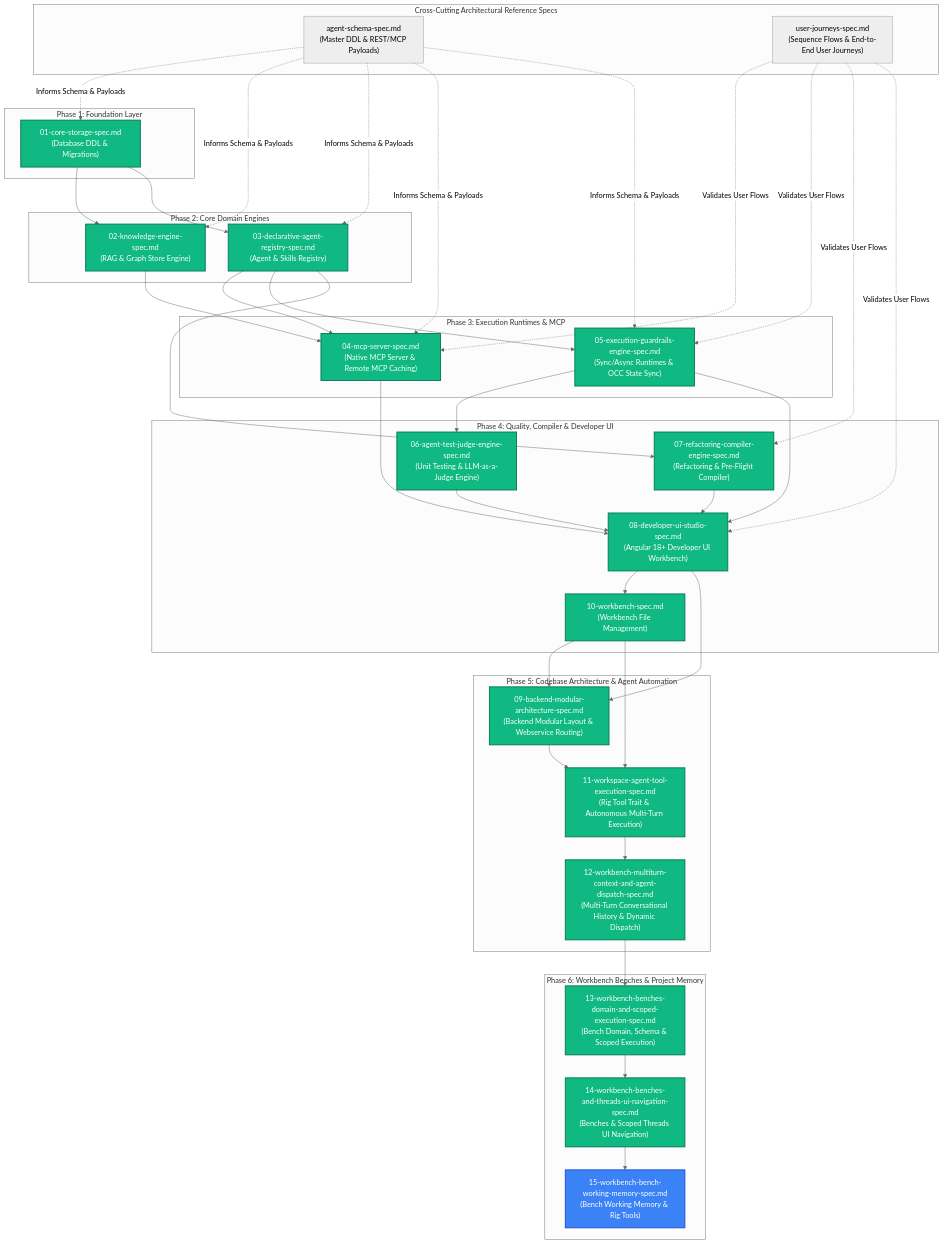
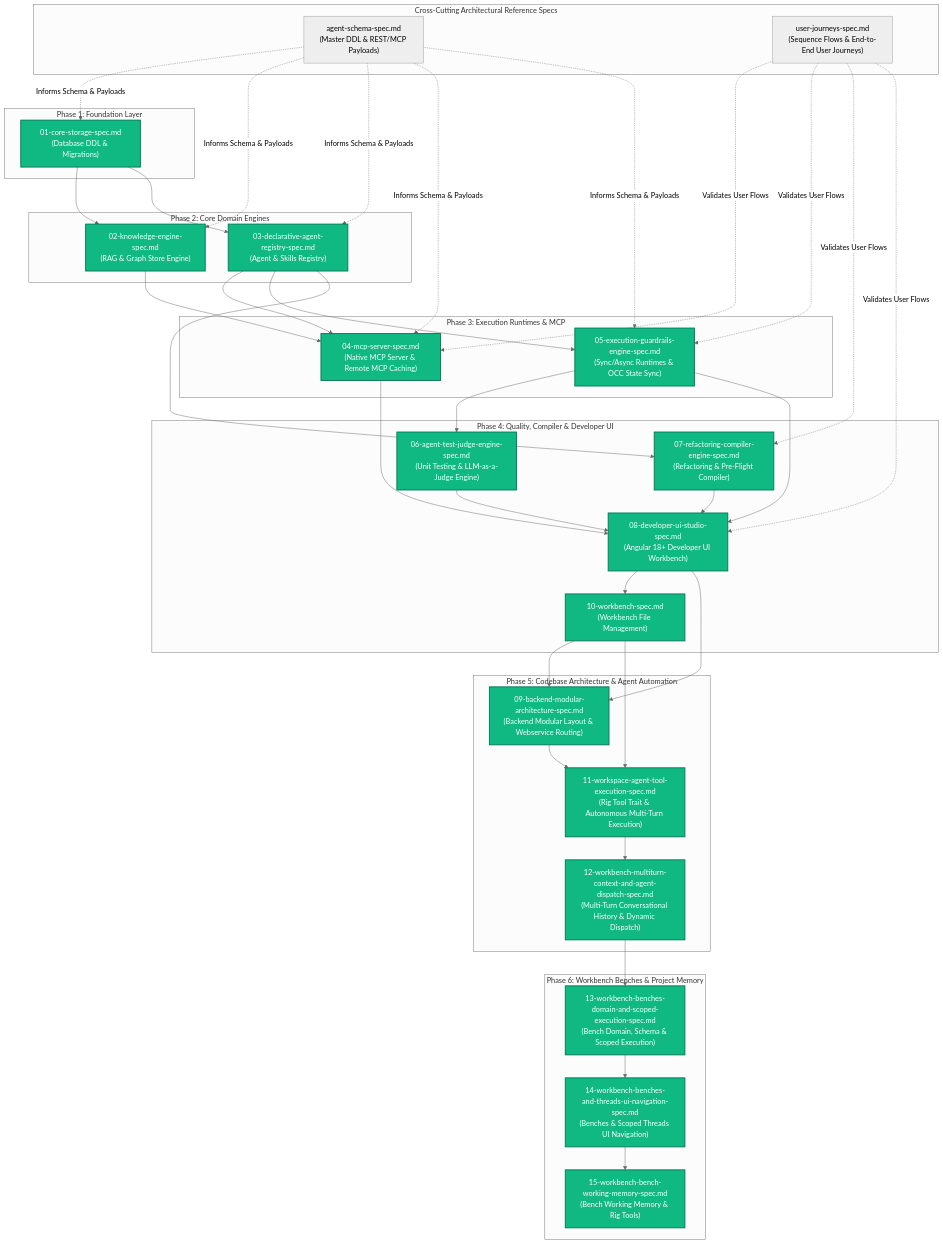
The diagram in spec/specs/README.md (PolecatWorks/agent-as-data), drawn with Mermaid (neutral theme) before and after one commit. The commit also changed other lines of this file and 13 other files, not shown here.

Commit message:
feat(spec-15): implement workbench bench working memory, UI editor and Rig memory tools

````diff
--- a/spec/specs/README.md
+++ b/spec/specs/README.md
@@ -17,82 +17,82 @@
 ```mermaid
 flowchart TD
     subgraph CrossCuttingSpecs ["Cross-Cutting Architectural Reference Specs"]
         SchemaSpec["agent-schema-spec.md<br/>(Master DDL & REST/MCP Payloads)"]
         JourneysSpec["user-journeys-spec.md<br/>(Sequence Flows & End-to-End User Journeys)"]
     end
 
     subgraph Phase1 ["Phase 1: Foundation Layer"]
         Spec01["01-core-storage-spec.md<br/>(Database DDL & Migrations)"]:::complete
     end
 
     subgraph Phase2 ["Phase 2: Core Domain Engines"]
         Spec02["02-knowledge-engine-spec.md<br/>(RAG & Graph Store Engine)"]:::complete
         Spec03["03-declarative-agent-registry-spec.md<br/>(Agent & Skills Registry)"]:::complete
     end
 
 
 
     subgraph Phase3 ["Phase 3: Execution Runtimes & MCP"]
         Spec04["04-mcp-server-spec.md<br/>(Native MCP Server & Remote MCP Caching)"]:::complete
         Spec05["05-execution-guardrails-engine-spec.md<br/>(Sync/Async Runtimes & OCC State Sync)"]:::complete
     end
 
 
 
     subgraph Phase4 ["Phase 4: Quality, Compiler & Developer UI"]
         Spec06["06-agent-test-judge-engine-spec.md<br/>(Unit Testing & LLM-as-a-Judge Engine)"]:::complete
         Spec07["07-refactoring-compiler-engine-spec.md<br/>(Refactoring & Pre-Flight Compiler)"]:::complete
         Spec08["08-developer-ui-studio-spec.md<br/>(Angular 18+ Developer UI Workbench)"]:::complete
         Spec10["10-workbench-spec.md<br/>(Workbench File Management)"]:::complete
     end
 
     subgraph Phase5 ["Phase 5: Codebase Architecture & Agent Automation"]
         Spec09["09-backend-modular-architecture-spec.md<br/>(Backend Modular Layout & Webservice Routing)"]:::complete
         Spec11["11-workspace-agent-tool-execution-spec.md<br/>(Rig Tool Trait & Autonomous Multi-Turn Execution)"]:::complete
         Spec12["12-workbench-multiturn-context-and-agent-dispatch-spec.md<br/>(Multi-Turn Conversational History & Dynamic Dispatch)"]:::complete
     end
 
     subgraph Phase6 ["Phase 6: Workbench Benches & Project Memory"]
         Spec13["13-workbench-benches-domain-and-scoped-execution-spec.md<br/>(Bench Domain, Schema & Scoped Execution)"]:::complete
         Spec14["14-workbench-benches-and-threads-ui-navigation-spec.md<br/>(Benches & Scoped Threads UI Navigation)"]:::complete
-        Spec15["15-workbench-bench-working-memory-spec.md<br/>(Bench Working Memory & Rig Tools)"]:::draft
+        Spec15["15-workbench-bench-working-memory-spec.md<br/>(Bench Working Memory & Rig Tools)"]:::complete
     end
 
     classDef complete fill:#10B981,stroke:#047857,stroke-width:2px,color:#ffffff;
     classDef draft fill:#3B82F6,stroke:#1D4ED8,stroke-width:2px,color:#ffffff;
 
     SchemaSpec -.->|Informs Schema & Payloads| Spec01
     SchemaSpec -.->|Informs Schema & Payloads| Spec02
     SchemaSpec -.->|Informs Schema & Payloads| Spec03
     SchemaSpec -.->|Informs Schema & Payloads| Spec04
     SchemaSpec -.->|Informs Schema & Payloads| Spec05
 
     JourneysSpec -.->|Validates User Flows| Spec04
     JourneysSpec -.->|Validates User Flows| Spec05
     JourneysSpec -.->|Validates User Flows| Spec07
     JourneysSpec -.->|Validates User Flows| Spec08
 
     Spec01 --> Spec02
     Spec01 --> Spec03
 
     Spec02 --> Spec04
     Spec03 --> Spec04
     Spec03 --> Spec05
 
     Spec05 --> Spec06
     Spec03 --> Spec07
     
     Spec04 --> Spec08
     Spec05 --> Spec08
     Spec06 --> Spec08
     Spec07 --> Spec08
     Spec08 --> Spec10
     Spec08 --> Spec09
     Spec10 --> Spec09
     Spec09 --> Spec11
     Spec10 --> Spec11
     Spec11 --> Spec12
     Spec12 --> Spec13
     Spec13 --> Spec14
     Spec14 --> Spec15
 ```
````
